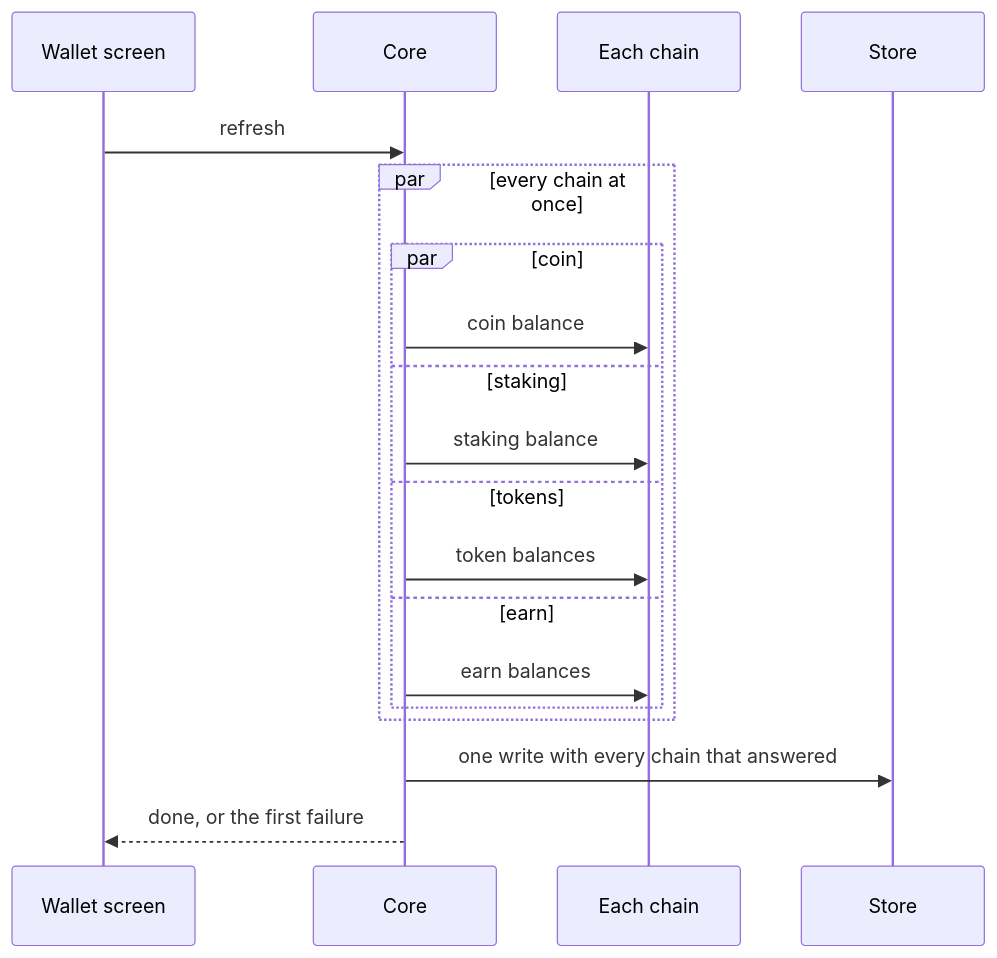
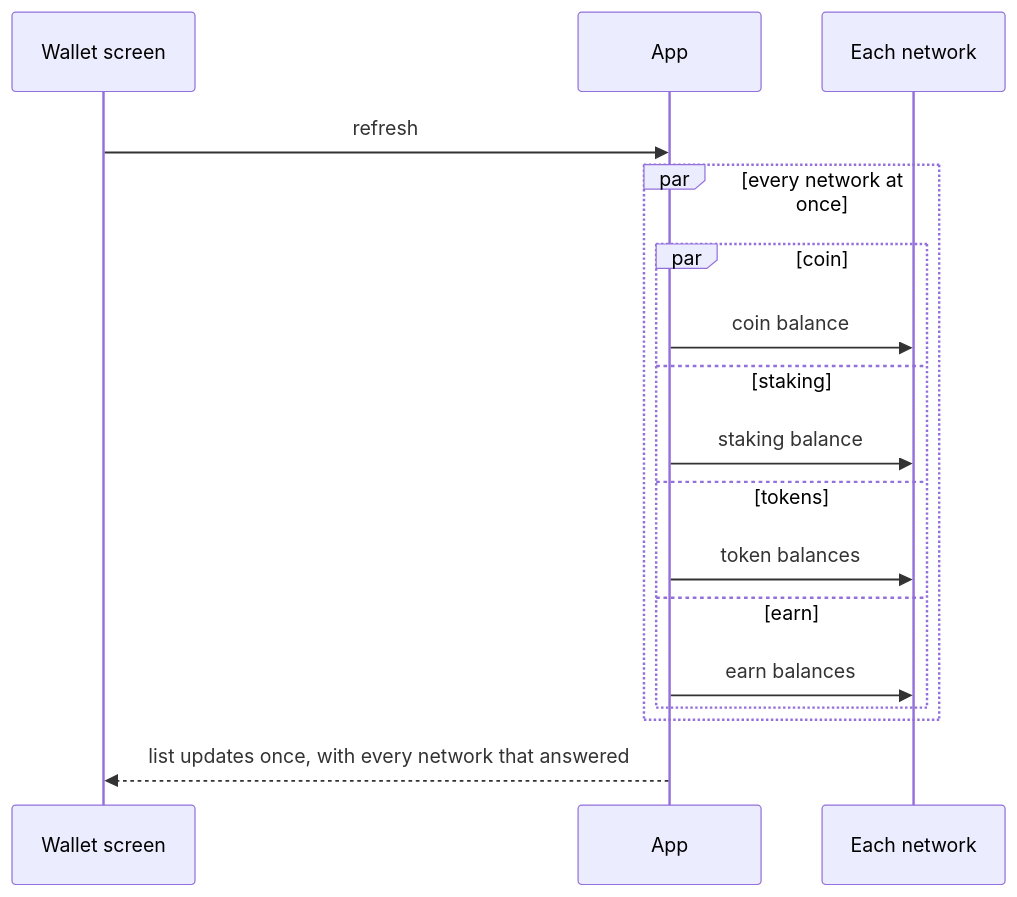
Before and after one commit to gemwalletcom/wallet: the fourth of 4 diagrams in docs/PRODUCT.md, drawn with Mermaid. The commit also changed other lines of this file and 14 other files, not shown here.

````diff
--- a/docs/PRODUCT.md
+++ b/docs/PRODUCT.md
@@ -223,21 +214,19 @@
 ```mermaid
 sequenceDiagram
     participant Screen as Wallet screen
-    participant Core
-    participant Chain as Each chain
-    participant Store
-    Screen->>Core: refresh
-    par every chain at once
+    participant App
+    participant Chain as Each network
+    Screen->>App: refresh
+    par every network at once
         par coin
-            Core->>Chain: coin balance
+            App->>Chain: coin balance
         and staking
-            Core->>Chain: staking balance
+            App->>Chain: staking balance
         and tokens
-            Core->>Chain: token balances
+            App->>Chain: token balances
         and earn
-            Core->>Chain: earn balances
+            App->>Chain: earn balances
         end
     end
-    Core->>Store: one write with every chain that answered
-    Core-->>Screen: done, or the first failure
+    App-->>Screen: list updates once, with every network that answered
 ```
````
